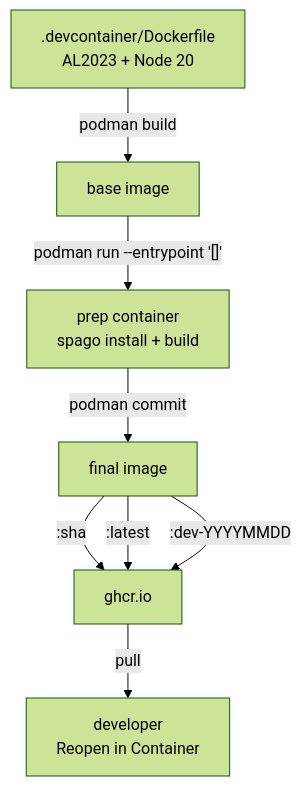
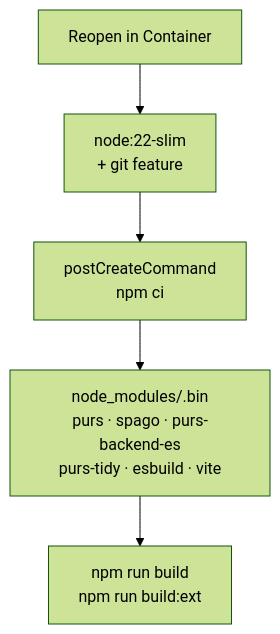
Before and after one commit to arekglinka/purs-graphs: the third of 6 diagrams in docs/architecture.md, drawn with Mermaid (forest theme). The commit also changed other lines of this file and 16 other files, not shown here.

First line of the commit message:
refactor(devcontainer): strip to single devcontainer.json on node:22-slim

````diff
--- a/docs/architecture.md
+++ b/docs/architecture.md
@@ -72,10 +72,7 @@
 ```mermaid
 flowchart TB
-    DF[".devcontainer/Dockerfile<br/>AL2023 + Node 20"] -->|"podman build"| BASE["base image"]
-    BASE -->|"podman run --entrypoint '[]'"| PREP["prep container<br/>spago install + build"]
-    PREP -->|"podman commit"| FINAL["final image"]
-    FINAL -->|":sha"| GHCR["ghcr.io"]
-    FINAL -->|":latest"| GHCR
-    FINAL -->|":dev-YYYYMMDD"| GHCR
-    GHCR -->|"pull"| DEV["developer<br/>Reopen in Container"]
+    OPEN["Reopen in Container"] --> IMG["node:22-slim<br/>+ git feature"]
+    IMG --> POST["postCreateCommand<br/>npm ci"]
+    POST --> BIN["node_modules/.bin<br/>purs · spago · purs-backend-es<br/>purs-tidy · esbuild · vite"]
+    BIN --> BUILD["npm run build<br/>npm run build:ext"]
 ```
````
